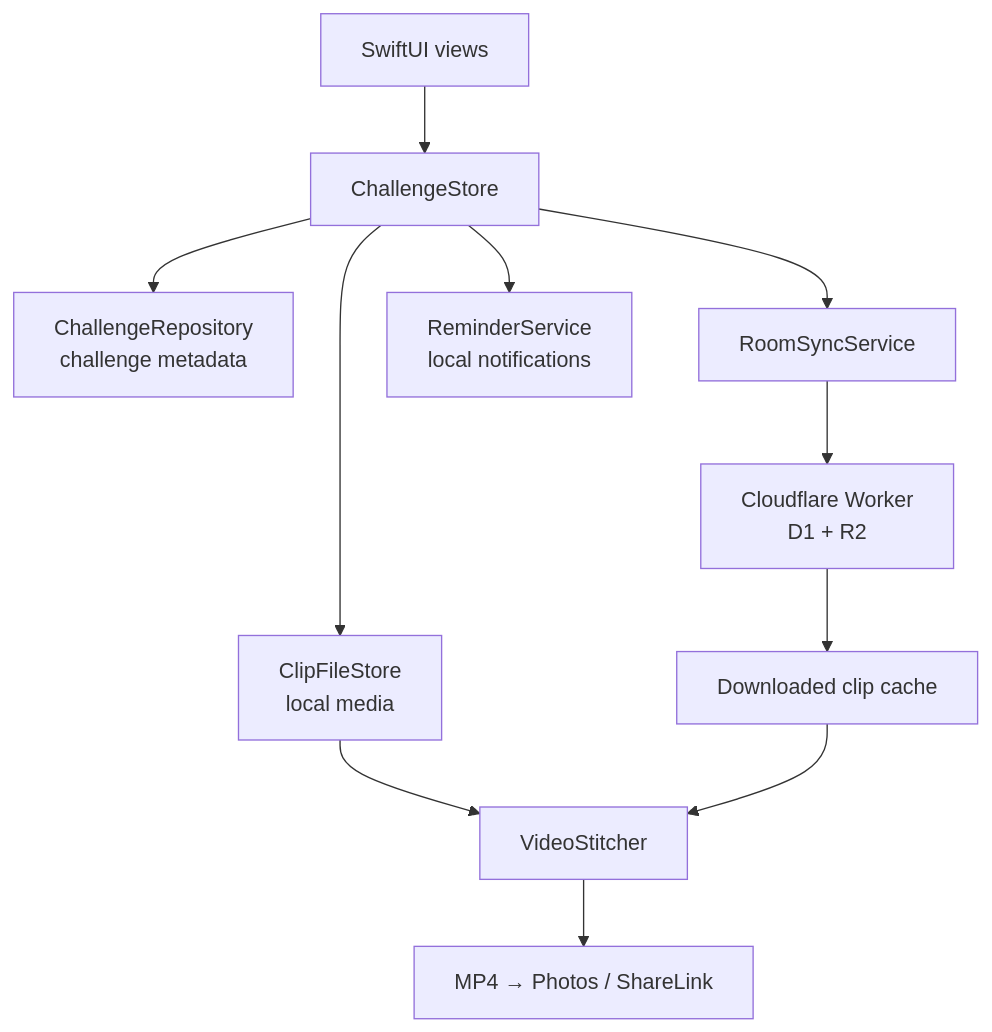
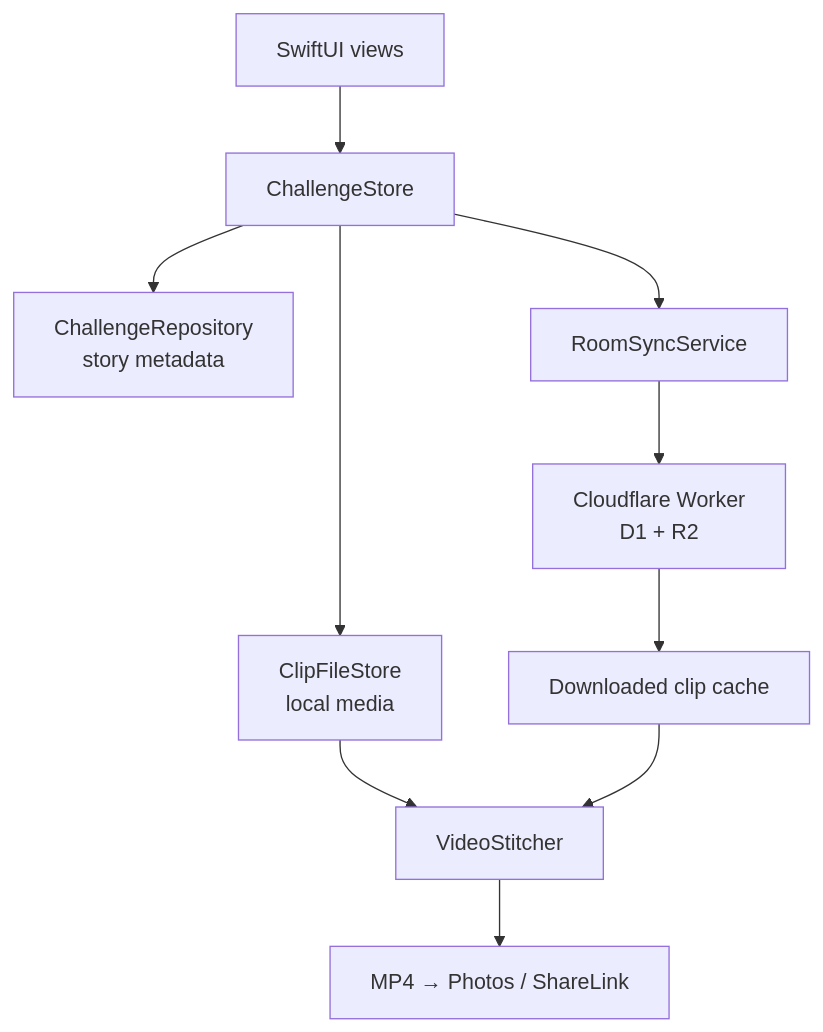
One commit to cassieliang6709/1day-ios changed the diagram in README.md. Above: the diagram before and after it, drawn with Mermaid. The commit also changed other lines of this file and 1 other file, not shown here.

````diff
--- a/README.md
+++ b/README.md
@@ -115,13 +78,12 @@
 ```mermaid
 flowchart TD
     Views["SwiftUI views"] --> Store["ChallengeStore"]
-    Store --> Repo["ChallengeRepository<br/>challenge metadata"]
+    Store --> Repo["ChallengeRepository<br/>story metadata"]
     Store --> Files["ClipFileStore<br/>local media"]
     Store --> Sync["RoomSyncService"]
     Sync --> Cloud["Cloudflare Worker<br/>D1 + R2"]
-    Store --> Reminder["ReminderService<br/>local notifications"]
     Files --> Stitcher["VideoStitcher"]
     Cloud --> Cache["Downloaded clip cache"]
     Cache --> Stitcher
     Stitcher --> Film["MP4 → Photos / ShareLink"]
 ```
````
